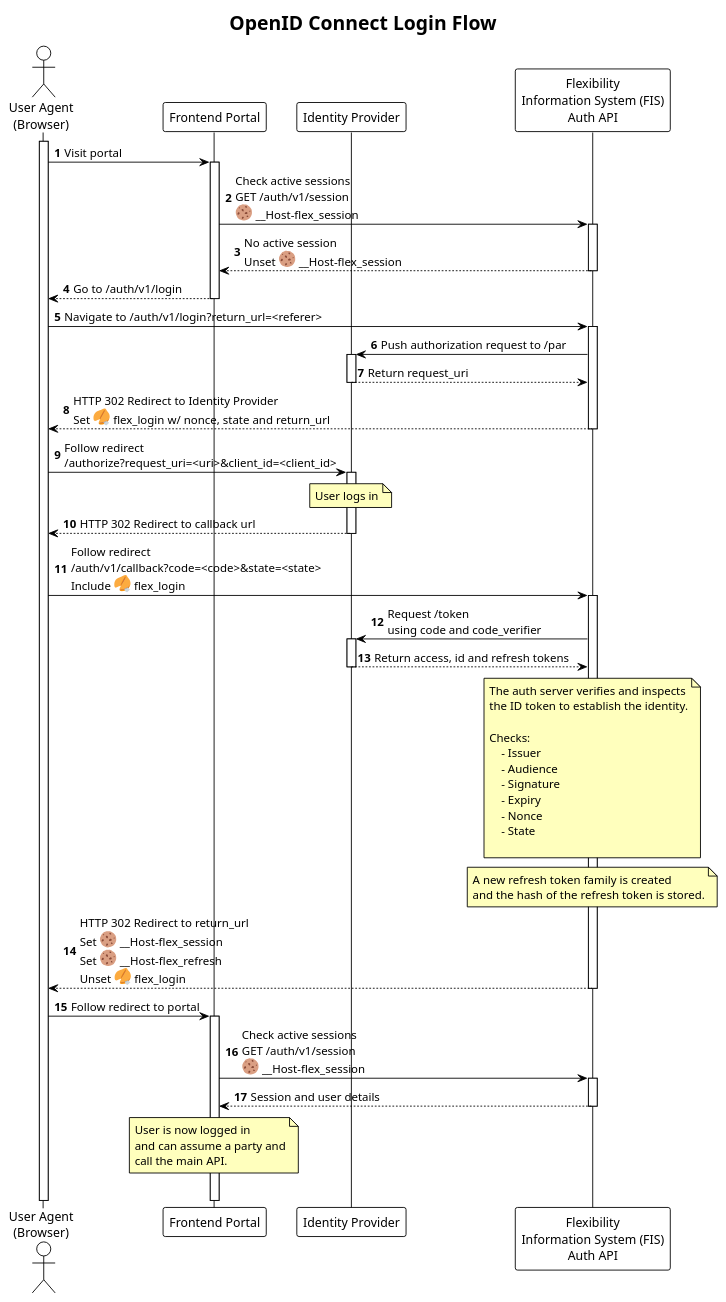
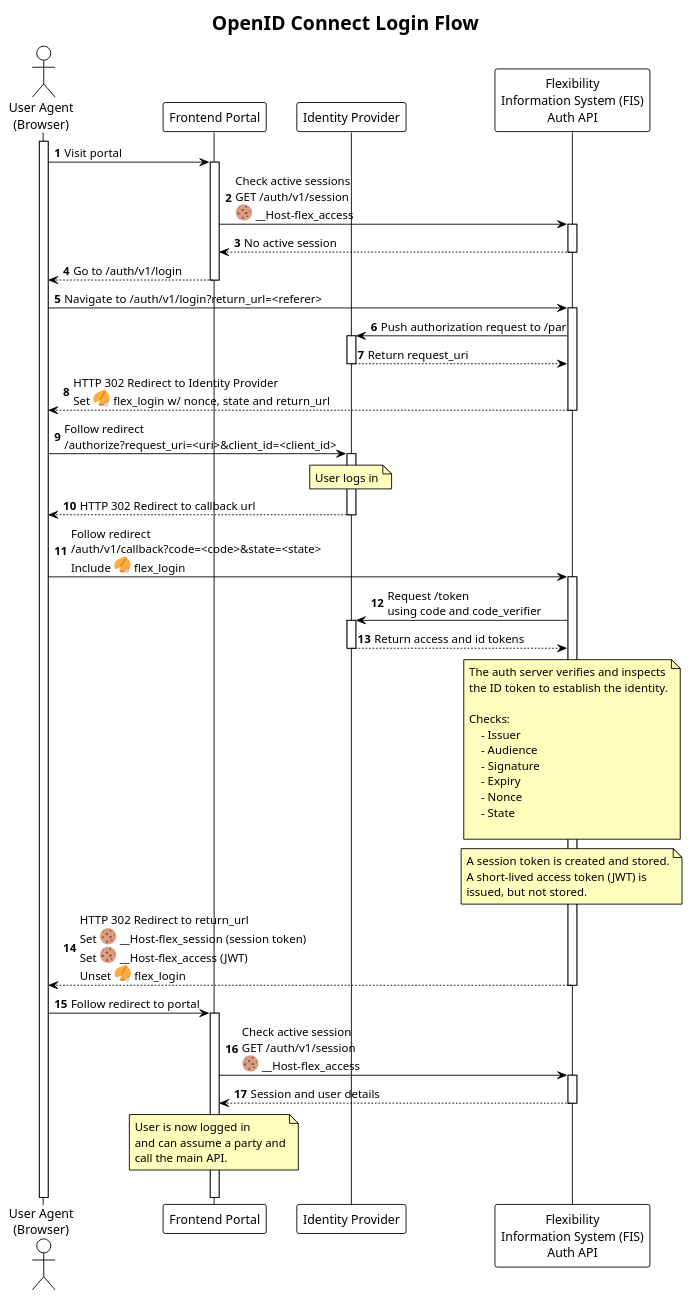
The diagram in docs-dev/diagrams/oidc_login_sequence.plantuml (elhub/flex-information-system), drawn with PlantUML before and after one commit. The commit also changed 7 other files, not shown here.

Commit message:
docs: new iteration (opaque session token + JWT access token) (FLEX-1617)

```diff
--- a/docs-dev/diagrams/oidc_login_sequence.plantuml
+++ b/docs-dev/diagrams/oidc_login_sequence.plantuml
@@ -1,70 +1,71 @@
 @startuml oidc_login_sequence
 
 !theme plain
 
 title OpenID Connect Login Flow
 
 autonumber
 autoactivate on
 
 skinparam note {
     BackgroundColor #FFFFBD
 }
 
 actor "User Agent\n(Browser)" as UA
 activate UA
 participant "Frontend Portal" as PORTAL
 participant "Identity Provider" as IDP
 participant "Flexibility\nInformation System (FIS)\nAuth API" as AUTH
 
 UA -> PORTAL: Visit portal
-PORTAL -> AUTH: Check active sessions\nGET /auth/v1/session\n<:cookie:> __Host-flex_session
-return No active session\nUnset <:cookie:> __Host-flex_session
+PORTAL -> AUTH: Check active sessions\nGET /auth/v1/session\n<:cookie:> __Host-flex_access
+return No active session
 return Go to /auth/v1/login
 
 UA -> AUTH: Navigate to /auth/v1/login?return_url=<referer>
 AUTH -> IDP: Push authorization request to /par
 return Return request_uri
 return HTTP 302 Redirect to Identity Provider\nSet <:fortune_cookie:> flex_login w/ nonce, state and return_url
 
 UA -> IDP: Follow redirect\n/authorize?request_uri=<uri>&client_id=<client_id>
 note over IDP
     User logs in
 end note
 return HTTP 302 Redirect to callback url
 
 UA -> AUTH: Follow redirect\n/auth/v1/callback?code=<code>&state=<state>\nInclude <:fortune_cookie:> flex_login
 AUTH -> IDP: Request /token\nusing code and code_verifier
-return Return access, id and refresh tokens
+return Return access and id tokens
 note over AUTH
     The auth server verifies and inspects
     the ID token to establish the identity.
 
     Checks:
         - Issuer
         - Audience
         - Signature
         - Expiry
         - Nonce
         - State
 
 end note
 
 note over AUTH
-    A new refresh token family is created
-    and the hash of the refresh token is stored.
+    A session token is created and stored.
+    A short-lived access token (JWT) is
+    issued, but not stored.
 end note
 
-return HTTP 302 Redirect to return_url\nSet <:cookie:> __Host-flex_session\nSet <:cookie:> __Host-flex_refresh\nUnset <:fortune_cookie:> flex_login
+return HTTP 302 Redirect to return_url\nSet <:cookie:> __Host-flex_session (session token)\nSet <:cookie:> __Host-flex_access (JWT)\nUnset <:fortune_cookie:> flex_login
 
 UA -> PORTAL: Follow redirect to portal
-PORTAL -> AUTH: Check active sessions\nGET /auth/v1/session\n<:cookie:> __Host-flex_session
+PORTAL -> AUTH: Check active session\nGET /auth/v1/session\n<:cookie:> __Host-flex_access
 return Session and user details
 
 note over PORTAL
     User is now logged in
     and can assume a party and
     call the main API.
 end note
 |||
 @enduml
```
